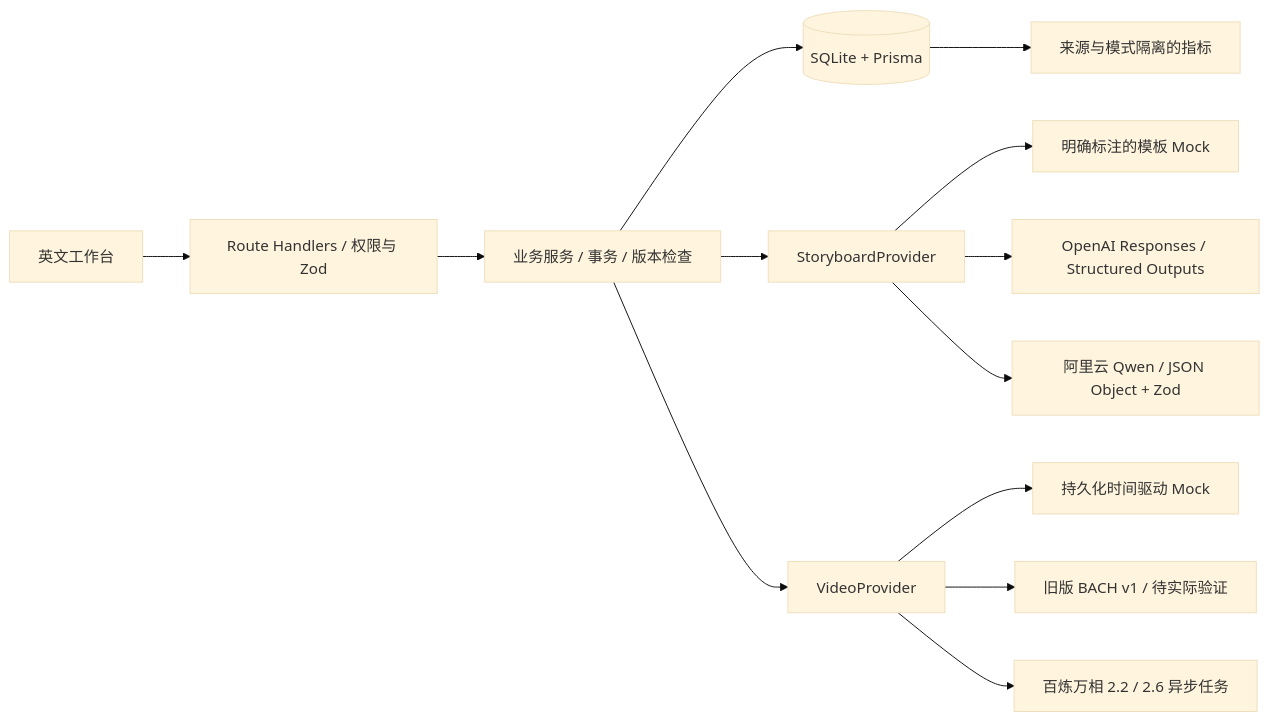
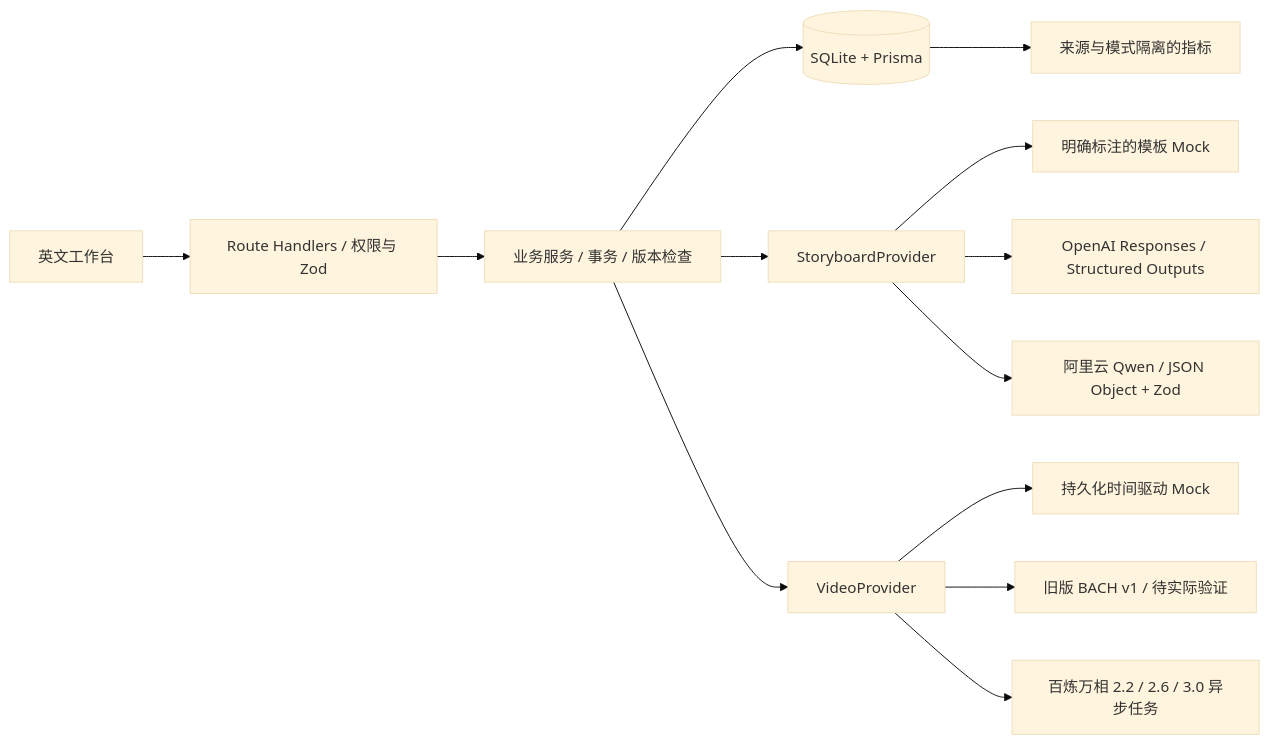
One commit to TTTracieee/ai-video-creative-studio changed the diagram in ARCHITECTURE.md. Above: the diagram before and after it, drawn with Mermaid (base theme). The commit also changed other lines of this file and 37 other files, not shown here.

````diff
--- a/ARCHITECTURE.md
+++ b/ARCHITECTURE.md
@@ -7,15 +7,15 @@
 ```mermaid
 flowchart LR
   UI[英文工作台] --> API[Route Handlers / 权限与 Zod]
   API --> Service[业务服务 / 事务 / 版本检查]
   Service --> DB[(SQLite + Prisma)]
   Service --> Storyboard[StoryboardProvider]
   Storyboard --> Template[明确标注的模板 Mock]
   Storyboard --> OpenAI[OpenAI Responses / Structured Outputs]
   Storyboard --> Qwen[阿里云 Qwen / JSON Object + Zod]
   Service --> Video[VideoProvider]
   Video --> Mock[持久化时间驱动 Mock]
   Video --> Bach[旧版 BACH v1 / 待实际验证]
-  Video --> Wan[百炼万相 2.2 / 2.6 异步任务]
+  Video --> Wan[百炼万相 2.2 / 2.6 / 3.0 异步任务]
   DB --> Analytics[来源与模式隔离的指标]
 ```
````
